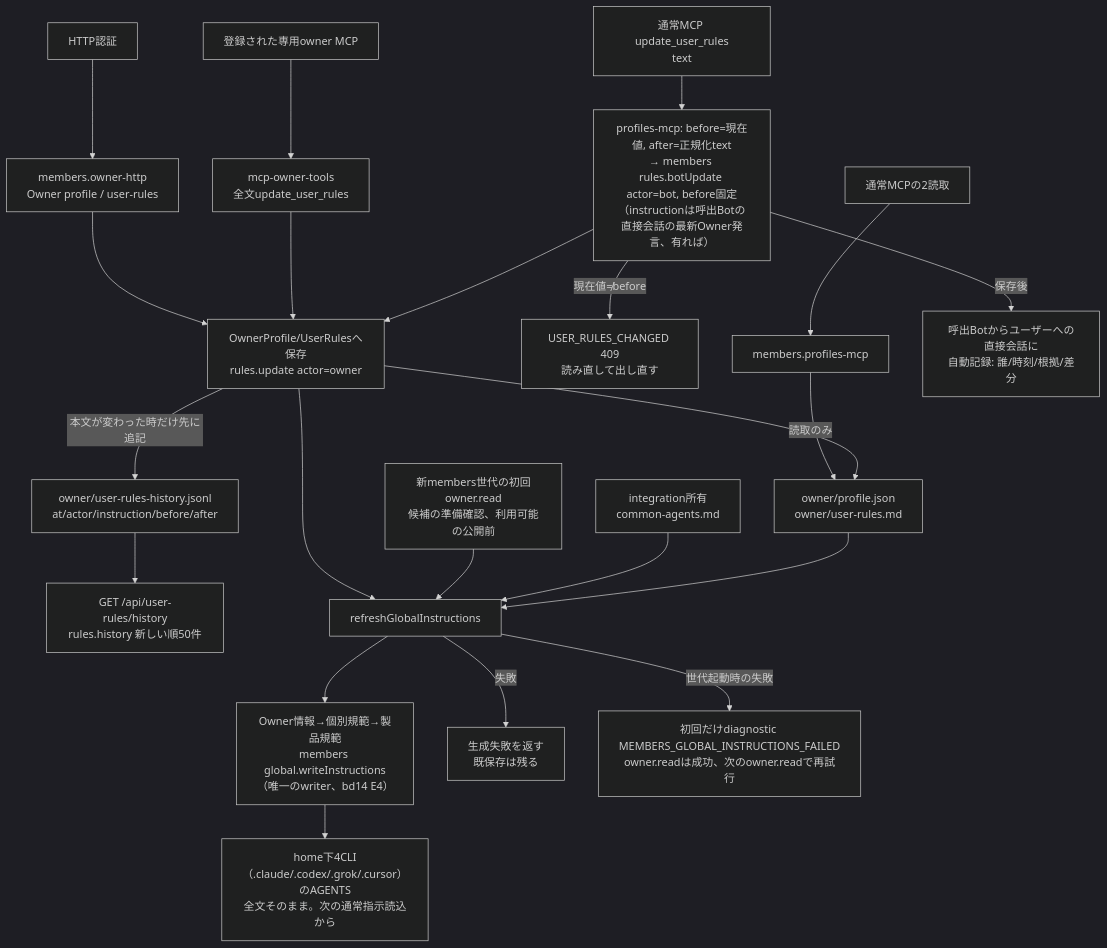
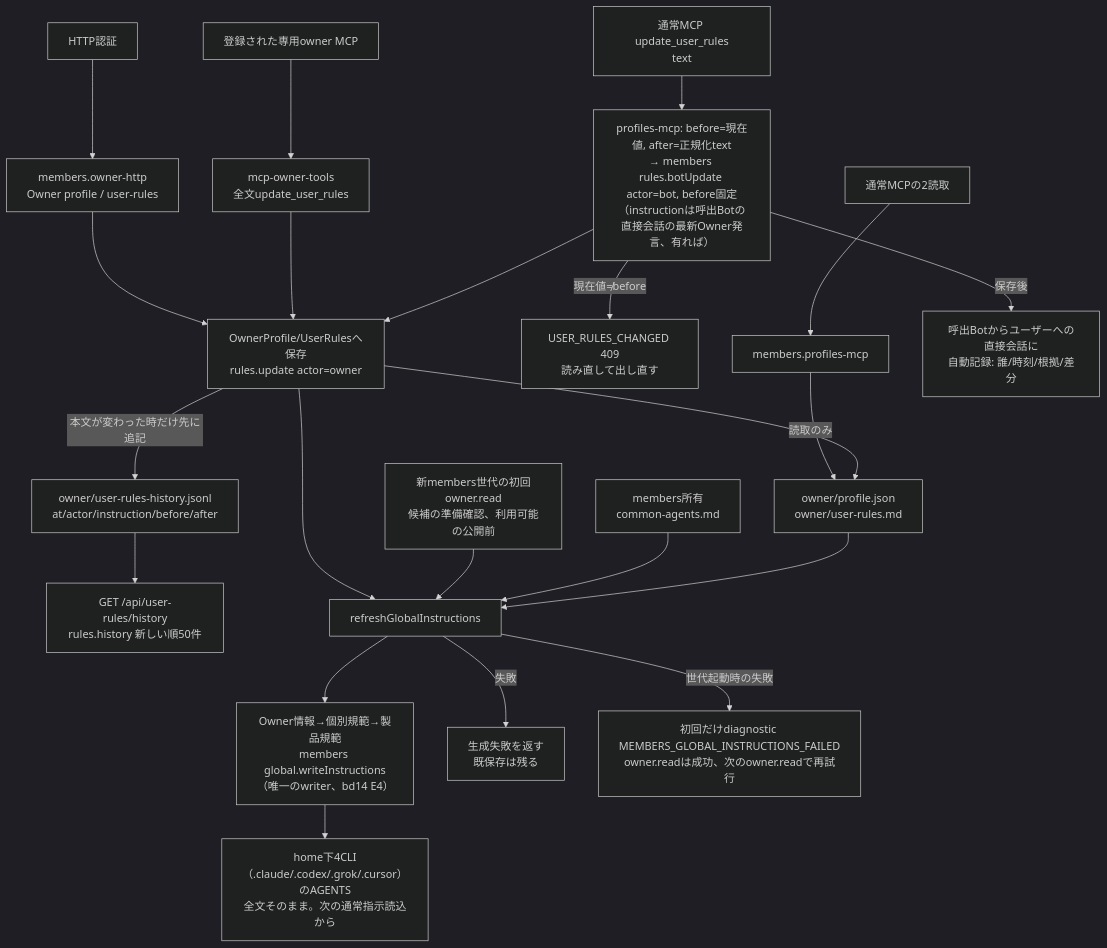
Before and after one commit to kitepon/BellTeam: the first of 3 diagrams in docs/architecture/modules/members/instructions.md, drawn with Mermaid (dark theme). The commit also changed other lines of this file and 3 other files, not shown here.

First line of the commit message:
members: own config/common-agents.md; restore 5 rule meanings dropped by compaction

````diff
--- a/docs/architecture/modules/members/instructions.md
+++ b/docs/architecture/modules/members/instructions.md
@@ -5,24 +5,24 @@
 ```mermaid
 flowchart TD
   Http["HTTP認証"] --> Owner["members.owner-http<br/>Owner profile / user-rules"]
   Read["通常MCPの2読取"] --> Member["members.profiles-mcp"]
   BotWrite["通常MCP update_user_rules<br/>text"] --> BotSave["profiles-mcp: before=現在値, after=正規化text<br/>→ members rules.botUpdate actor=bot, before固定<br/>（instructionは呼出Botの直接会話の最新Owner発言、有れば）"]
   BotSave -->|"現在値≠before"| Changed["USER_RULES_CHANGED 409<br/>読み直して出し直す"]
   Dedicated["登録された専用owner MCP"] --> Rules["mcp-owner-tools<br/>全文update_user_rules"]
   Owner --> Save["OwnerProfile/UserRulesへ保存<br/>rules.update actor=owner"]
   Rules --> Save
   BotSave --> Save
   Member -->|"読取のみ"| Data["owner/profile.json<br/>owner/user-rules.md"]
   Save -->|"本文が変わった時だけ先に追記"| History["owner/user-rules-history.jsonl<br/>at/actor/instruction/before/after"]
   Save --> Data
   History --> HistoryApi["GET /api/user-rules/history<br/>rules.history 新しい順50件"]
   BotSave -->|"保存後"| Notice["呼出Botからユーザーへの直接会話に<br/>自動記録: 誰/時刻/根拠/差分"]
   Save --> Refresh["refreshGlobalInstructions"]
   Generation["新members世代の初回owner.read<br/>候補の準備確認、利用可能の公開前"] --> Refresh
-  Common["integration所有<br/>common-agents.md"] --> Refresh
+  Common["members所有<br/>common-agents.md"] --> Refresh
   Data --> Refresh
   Refresh --> Write["Owner情報→個別規範→製品規範<br/>members global.writeInstructions（唯一のwriter、bd14 E4）"]
   Write --> Globals["home下4CLI（.claude/.codex/.grok/.cursor）のAGENTS<br/>全文そのまま。次の通常指示読込から"]
   Refresh -->|"失敗"| Failure["生成失敗を返す<br/>既保存は残る"]
   Refresh -->|"世代起動時の失敗"| Diagnostic["初回だけdiagnostic MEMBERS_GLOBAL_INSTRUCTIONS_FAILED<br/>owner.readは成功、次のowner.readで再試行"]
 ```
````
